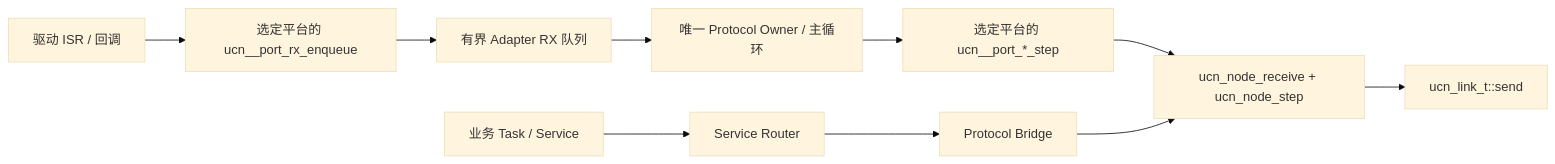
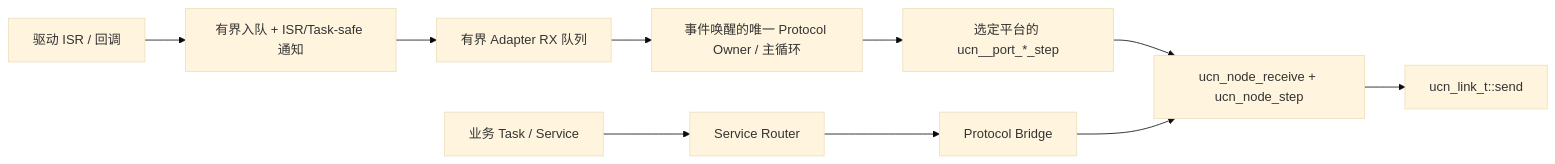
One commit to ice-infinite/UCN changed the diagram in docs/快速使用手册/README.md. Above: the diagram before and after it, drawn with Mermaid (base theme). The commit also changed other lines of this file and 65 other files, not shown here.

````diff
--- a/docs/快速使用手册/README.md
+++ b/docs/快速使用手册/README.md
@@ -32,12 +34,12 @@
 ```mermaid
 flowchart LR
-    D["驱动 ISR / 回调"] --> O["选定平台的 ucn_<platform>_port_rx_enqueue"]
+    D["驱动 ISR / 回调"] --> O["有界入队 + ISR/Task-safe 通知"]
     O --> Q["有界 Adapter RX 队列"]
-    Q --> P["唯一 Protocol Owner / 主循环"]
+    Q --> P["事件唤醒的唯一 Protocol Owner / 主循环"]
     P --> A["选定平台的 ucn_<platform>_port_*_step"]
     A --> N["ucn_node_receive + ucn_node_step"]
     S["业务 Task / Service"] --> R["Service Router"]
     R --> B["Protocol Bridge"]
     B --> N
     N --> L["ucn_link_t::send"]
 ```
````
